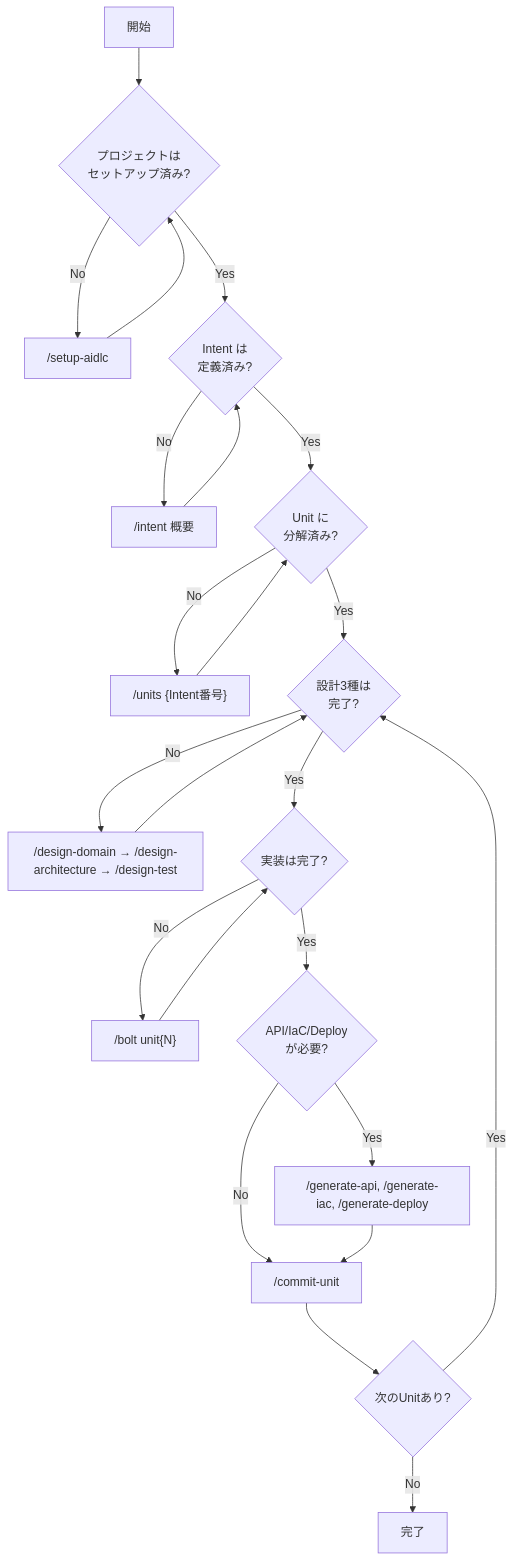
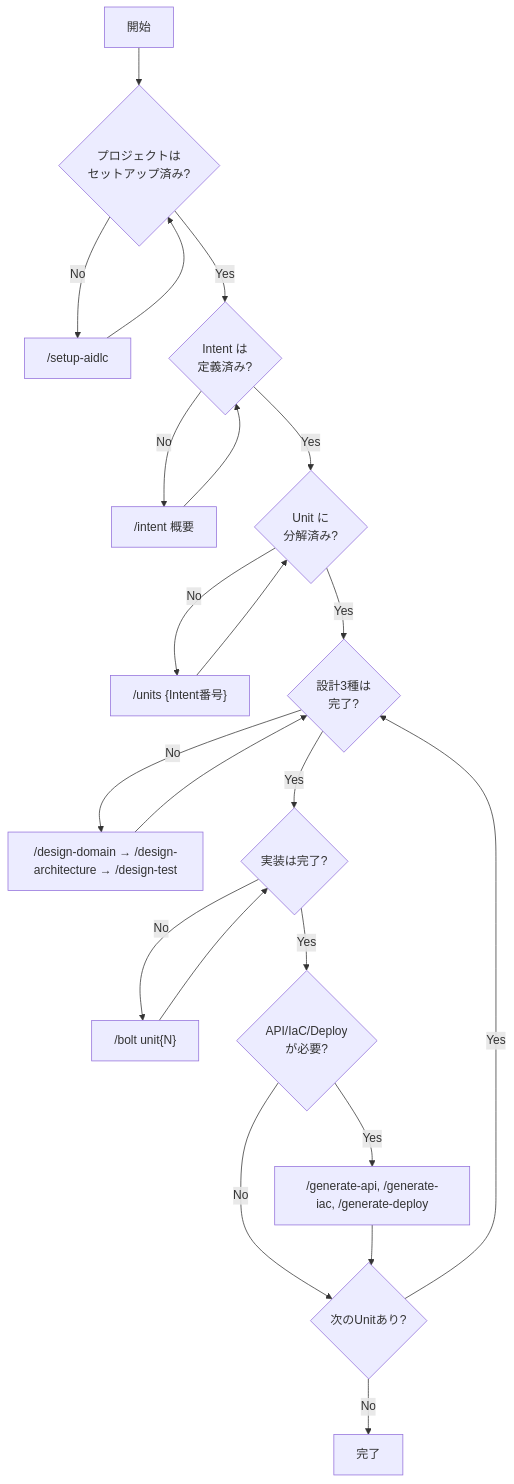
One commit to y-miyachika/ai-dlc-template changed the seventh of 7 diagrams in docs/guides/workflow-dag.md. Above: the diagram before and after it, drawn with Mermaid. The commit also changed other lines of this file and 1 other file, not shown here.

First line of the commit message:
fix: 存在しないコマンド(/commit-unit, /blocker)の参照を削除

````diff
--- a/docs/guides/workflow-dag.md
+++ b/docs/guides/workflow-dag.md
@@ -202,31 +195,30 @@
 ```mermaid
 flowchart TB
     Start["開始"] --> Q1{"プロジェクトは<br/>セットアップ済み?"}
     Q1 -->|No| setup["/setup-aidlc"]
     setup --> Q1
     Q1 -->|Yes| Q2{"Intent は<br/>定義済み?"}
 
     Q2 -->|No| intent["/intent 概要"]
     intent --> Q2
     Q2 -->|Yes| Q3{"Unit に<br/>分解済み?"}
 
     Q3 -->|No| units["/units {Intent番号}"]
     units --> Q3
     Q3 -->|Yes| Q4{"設計3種は<br/>完了?"}
 
     Q4 -->|No| design["/design-domain → /design-architecture → /design-test"]
     design --> Q4
     Q4 -->|Yes| Q5{"実装は完了?"}
 
     Q5 -->|No| bolt["/bolt unit{N}"]
     bolt --> Q5
     Q5 -->|Yes| Q6{"API/IaC/Deploy<br/>が必要?"}
 
-    Q6 -->|No| commit["/commit-unit"]
+    Q6 -->|No| Q7{"次のUnitあり?"}
     Q6 -->|Yes| generate["/generate-api, /generate-iac, /generate-deploy"]
-    generate --> commit
+    generate --> Q7
 
-    commit --> Q7{"次のUnitあり?"}
     Q7 -->|Yes| Q4
     Q7 -->|No| End["完了"]
 ```
````
